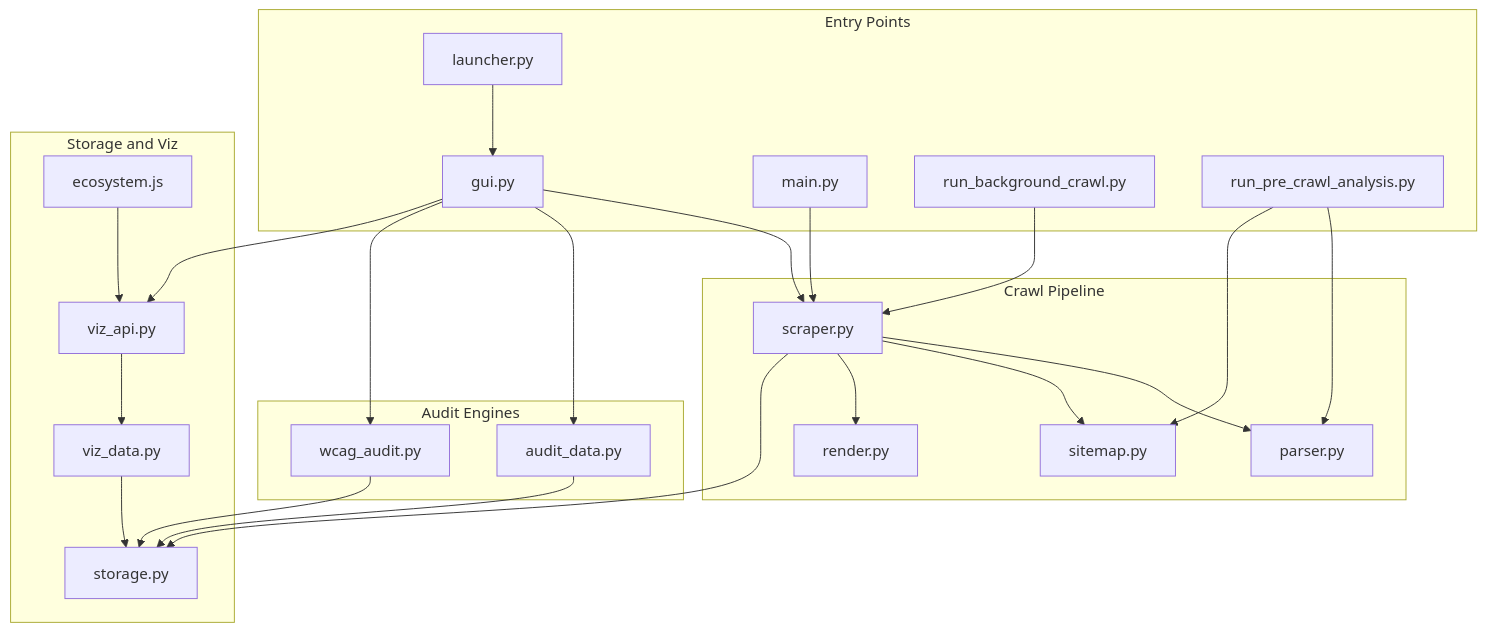
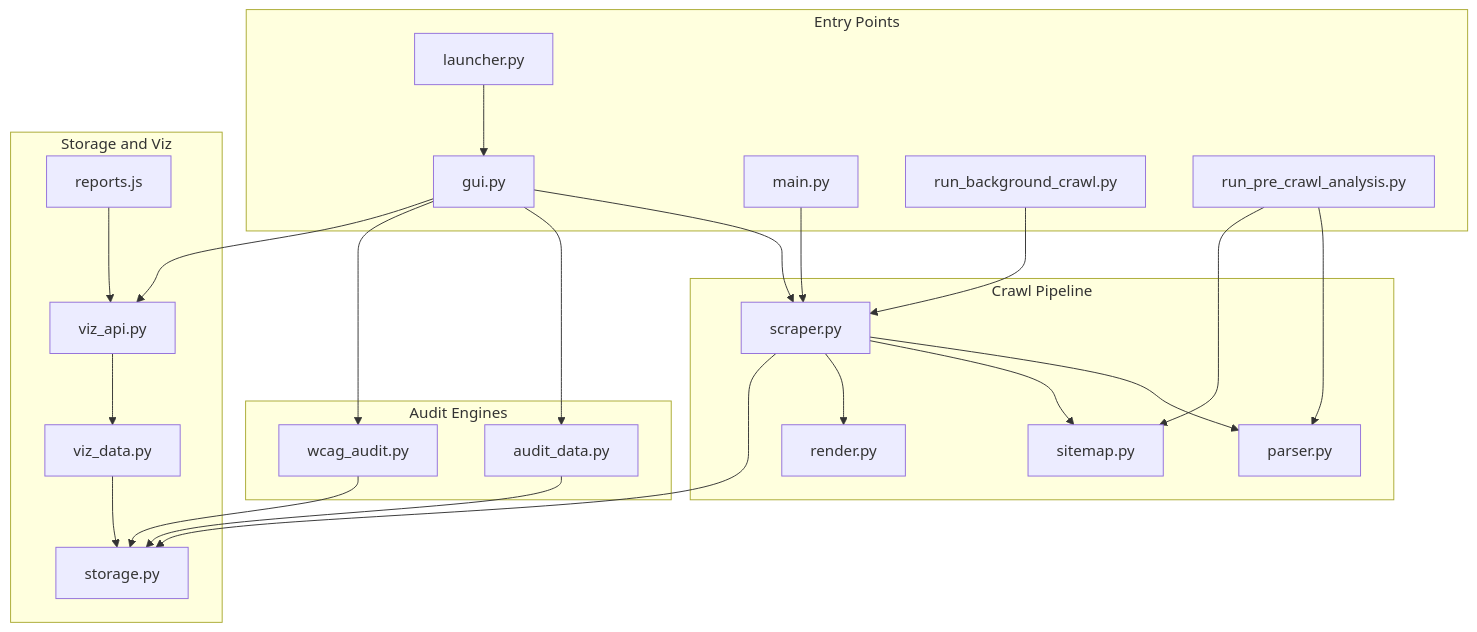
The first of 10 diagrams in architecture.md (hooperstu/CrawlStreetJournal), drawn with Mermaid before and after one commit. The commit also changed other lines of this file and 2 other files, not shown here.

First line of the commit message:
docs: full audit and update of FUNCTIONAL_SPEC.md, architecture.md, and README.md (#11)

````diff
--- a/architecture.md
+++ b/architecture.md
@@ -38,44 +38,44 @@
 ```mermaid
 graph TD
     subgraph entryPoints [Entry Points]
         launcher[launcher.py]
         guiPy[gui.py]
         mainPy[main.py]
         bgCrawl[run_background_crawl.py]
         preAnalysis[run_pre_crawl_analysis.py]
     end
     subgraph pipeline [Crawl Pipeline]
         scraper[scraper.py]
         parser[parser.py]
         sitemap[sitemap.py]
         renderPy[render.py]
     end
     subgraph auditEngines [Audit Engines]
         auditData[audit_data.py]
         wcagAudit[wcag_audit.py]
     end
     subgraph storageViz [Storage and Viz]
         storage[storage.py]
         vizData[viz_data.py]
         vizApi[viz_api.py]
-        ecosystemJs[ecosystem.js]
+        reportsJs[reports.js]
     end
     launcher --> guiPy
     guiPy --> scraper
     guiPy --> auditData
     guiPy --> wcagAudit
     mainPy --> scraper
     bgCrawl --> scraper
     preAnalysis --> parser
     preAnalysis --> sitemap
     scraper --> parser
     scraper --> sitemap
     scraper --> renderPy
     scraper --> storage
     auditData --> storage
     wcagAudit --> storage
     guiPy --> vizApi
     vizApi --> vizData
     vizData --> storage
-    ecosystemJs --> vizApi
+    reportsJs --> vizApi
 ```
````
